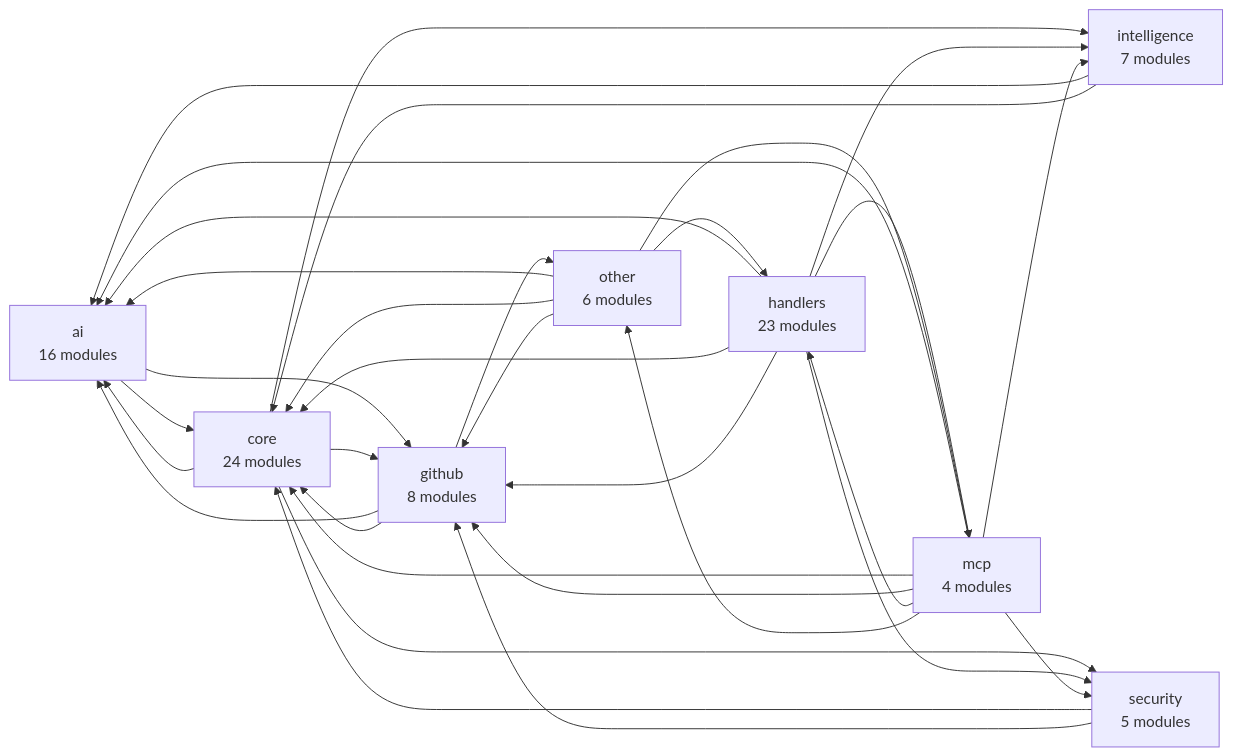
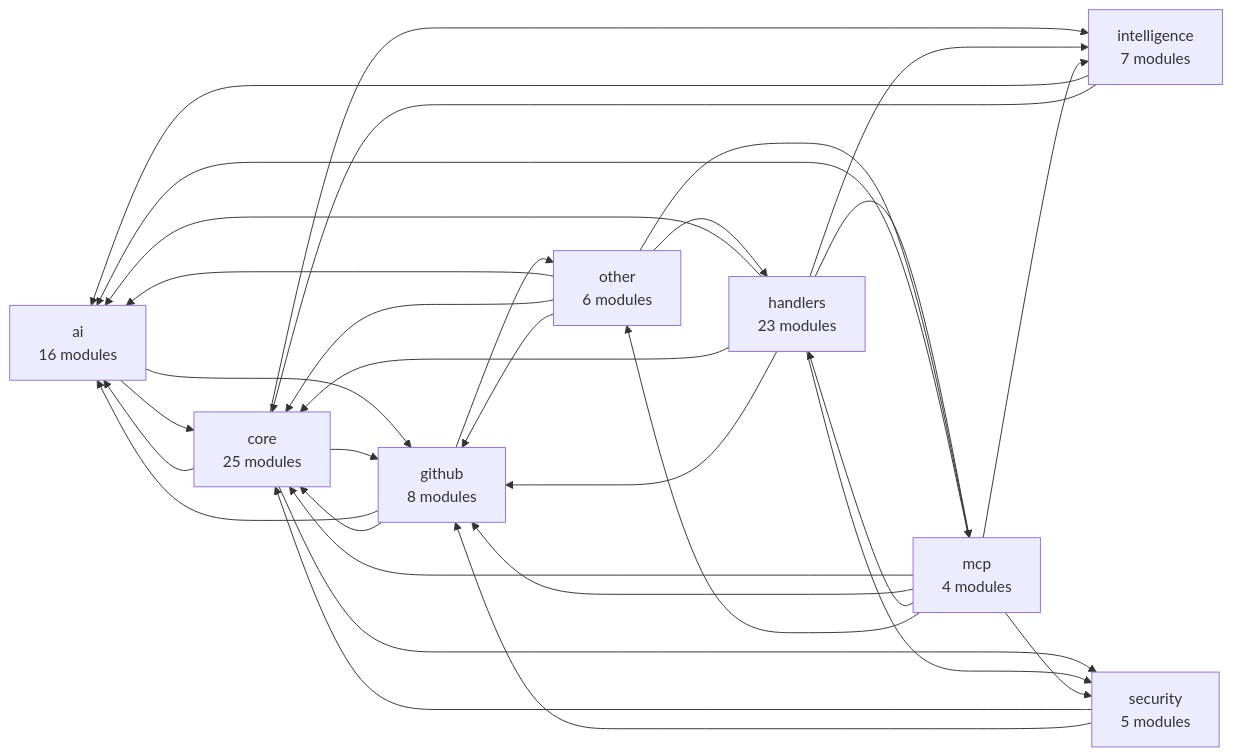
Before and after one commit to Shweta-Mishra-ai/github-autopilot: the second of 2 diagrams in README.md, drawn with Mermaid. The commit also changed other lines of this file and 6 other files, not shown here.

````diff
--- a/README.md
+++ b/README.md
@@ -302,42 +302,42 @@
 ```mermaid
 graph LR
     ai["ai<br/>16 modules"]
-    core["core<br/>24 modules"]
+    core["core<br/>25 modules"]
     github["github<br/>8 modules"]
     handlers["handlers<br/>23 modules"]
     intelligence["intelligence<br/>7 modules"]
     mcp["mcp<br/>4 modules"]
     other["other<br/>6 modules"]
     security["security<br/>5 modules"]
     ai --> core
     ai --> github
     core --> ai
     core --> github
     core --> intelligence
     core --> security
     github --> ai
     github --> core
     github --> other
     handlers --> ai
     handlers --> core
     handlers --> github
     handlers --> intelligence
     handlers --> mcp
     handlers --> security
     intelligence --> ai
     intelligence --> core
     mcp --> ai
     mcp --> core
     mcp --> github
     mcp --> handlers
     mcp --> intelligence
     mcp --> other
     mcp --> security
     other --> ai
     other --> core
     other --> github
     other --> handlers
     other --> mcp
     security --> core
     security --> github
 ```
````
